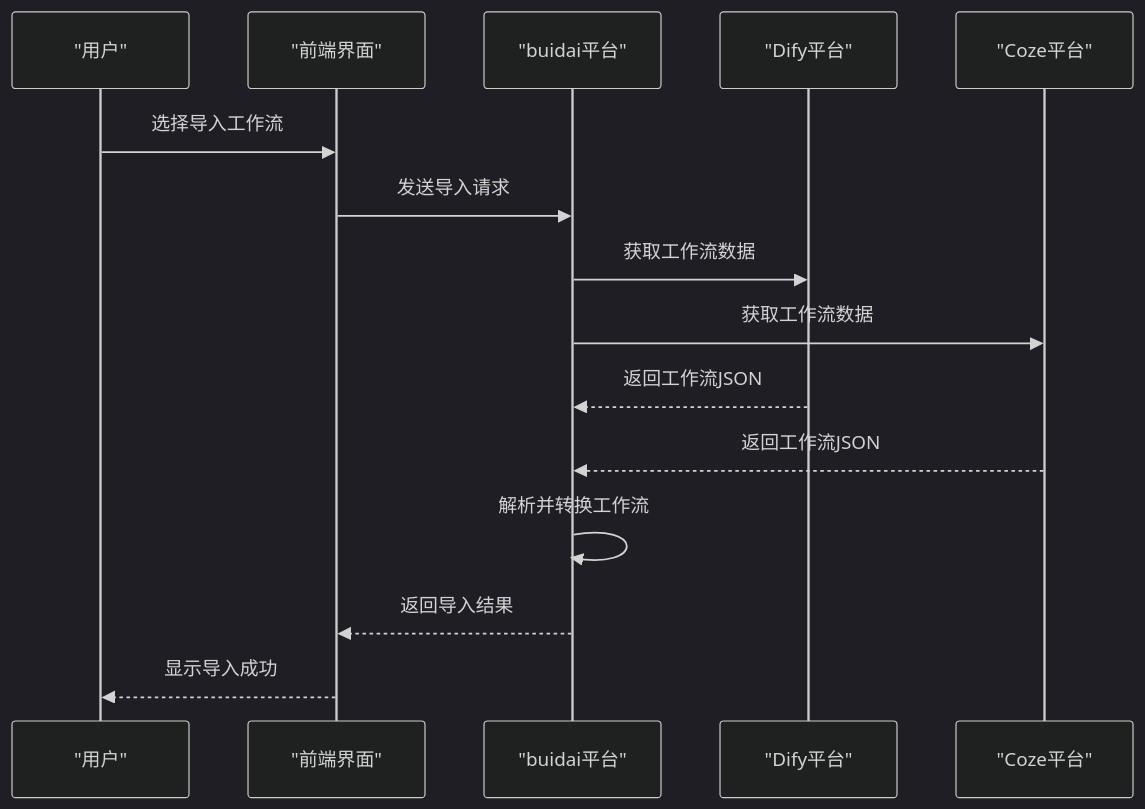
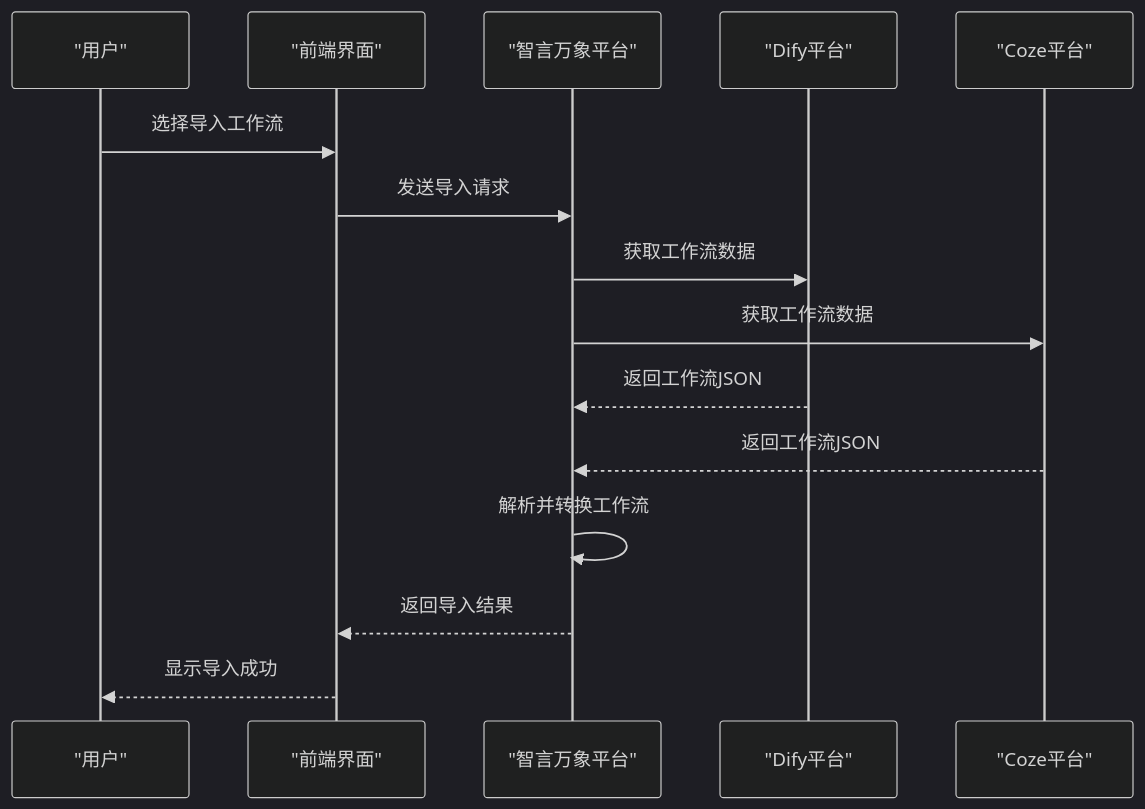
Before and after one commit to lllyyysss77/buidai: the fourth of 7 diagrams in .qoder/repowiki/zh/content/核心功能/行业场景解决方案/Dify与扣子工作流导入/Dify与扣子工作流导入.md, drawn with Mermaid (dark theme). The commit also changed other lines of this file and 163 other files, not shown here.

````diff
--- a/.qoder/repowiki/zh/content/核心功能/行业场景解决方案/Dify与扣子工作流导入/Dify与扣子工作流导入.md
+++ b/.qoder/repowiki/zh/content/核心功能/行业场景解决方案/Dify与扣子工作流导入/Dify与扣子工作流导入.md
@@ -115,17 +115,17 @@
 ```mermaid
 sequenceDiagram
 participant 用户 as "用户"
 participant 前端 as "前端界面"
-participant 平台 as "buidai平台"
+participant 平台 as "智言万象平台"
 participant Dify as "Dify平台"
 participant Coze as "Coze平台"
 用户->>前端 : 选择导入工作流
 前端->>平台 : 发送导入请求
 平台->>Dify : 获取工作流数据
 平台->>Coze : 获取工作流数据
 Dify-->>平台 : 返回工作流JSON
 Coze-->>平台 : 返回工作流JSON
 平台->>平台 : 解析并转换工作流
 平台-->>前端 : 返回导入结果
 前端-->>用户 : 显示导入成功
 ```
````
